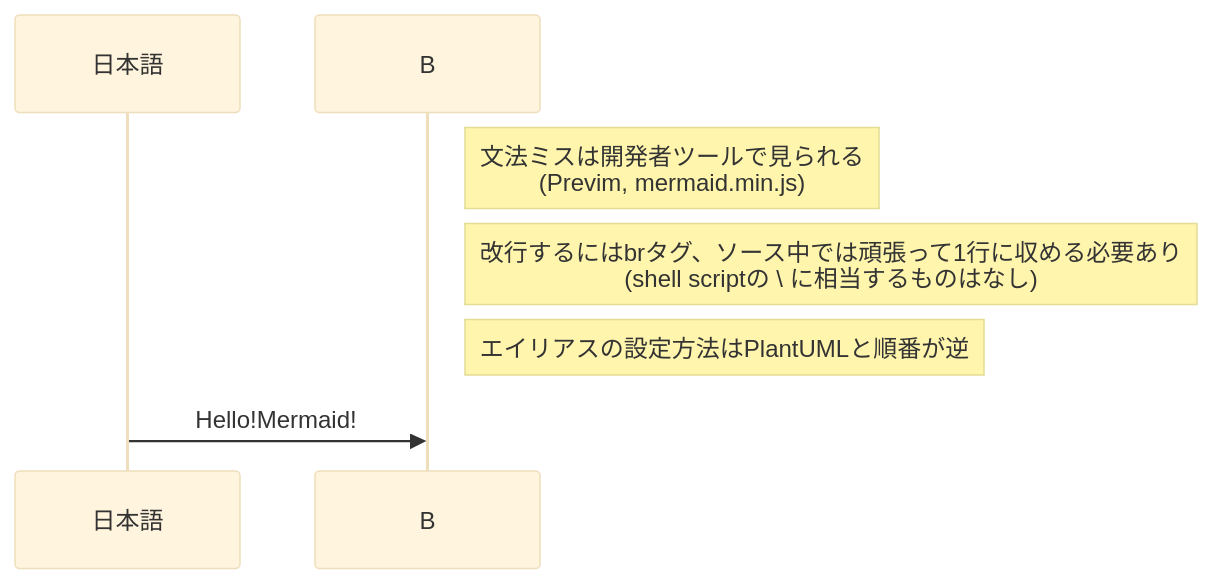
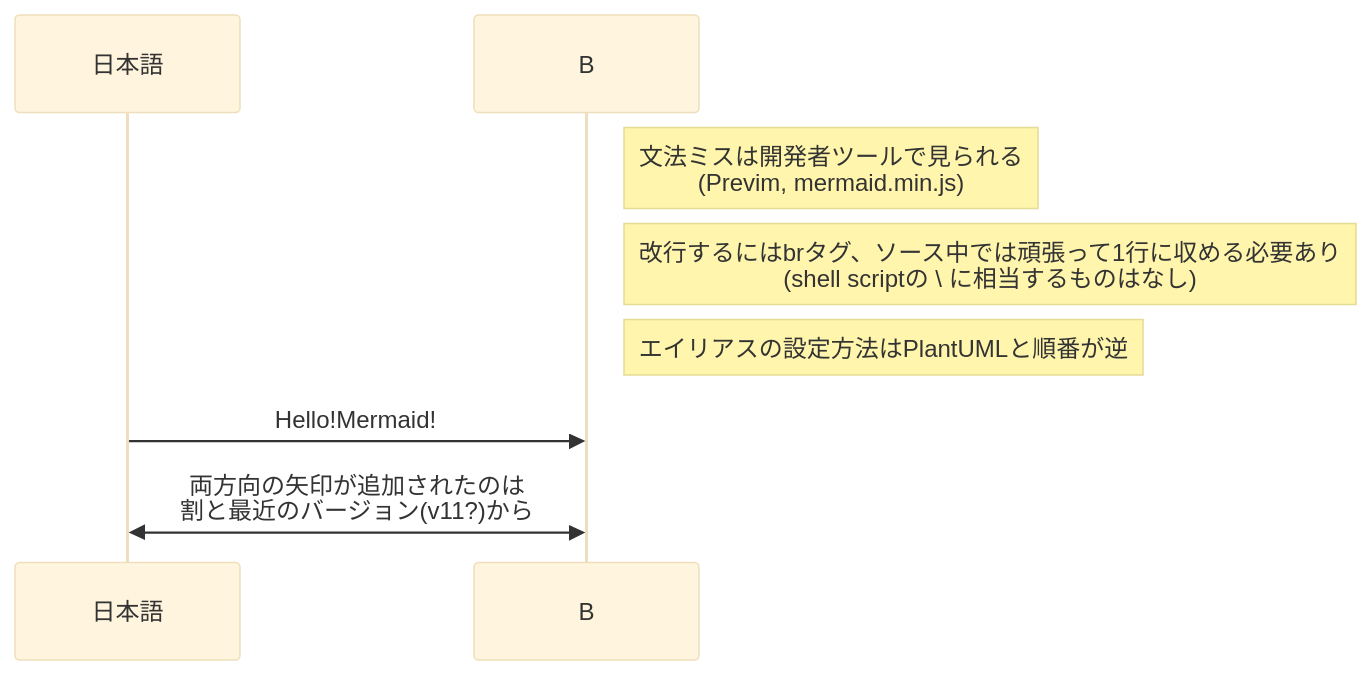
Before and after one commit to Daiius/webrtc-server: the fourth of 4 diagrams in README.md, drawn with Mermaid (base theme). The commit also changed other lines of this file, not shown here.

First line of the commit message:
plantumlの図をmermaidに変更

````diff
--- a/README.md
+++ b/README.md
@@ -209,13 +214,14 @@
 ```mermaid
 sequenceDiagram
   participant A as 日本語 
   participant B
   Note right of B: 文法ミスは開発者ツールで見られる<br/>(Previm, mermaid.min.js)
   %% コメントは%記号2連続
   %% PlantUMLはエラーを出力画像に出していたが、
   %% それ自体ちょっと複雑すぎる（悪用できる？）感じもするから
   %% こんなもんで良いのだろう...
   Note right of B: 改行するにはbrタグ、ソース中では頑張って1行に収める必要あり<br/>(shell scriptの \ に相当するものはなし)
   Note right of B: エイリアスの設定方法はPlantUMLと順番が逆
   A ->> B : Hello!Mermaid!
+  A <<->> B : 両方向の矢印が追加されたのは<br/>割と最近のバージョン(v11?)から
 ```
````
